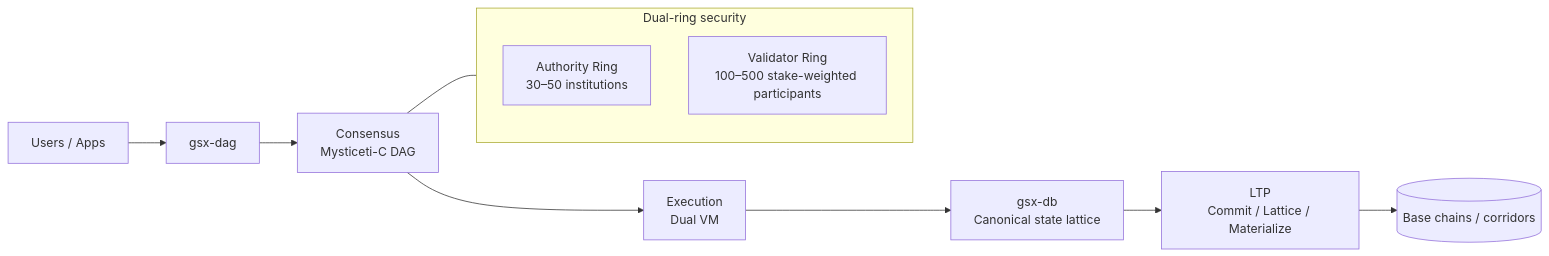
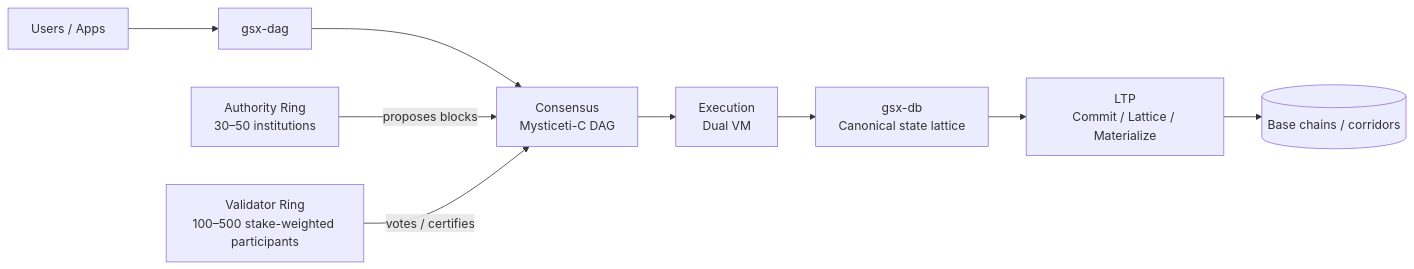
One commit to nanofaxcopy/suwappu-lattice-protocol changed the fourth of 10 diagrams in docs/visuals/README.md. Above: the diagram before and after it, drawn with Mermaid. The commit also changed other lines of this file and 10 other files, not shown here.

````diff
--- a/docs/visuals/README.md
+++ b/docs/visuals/README.md
@@ -41,14 +84,11 @@
 ```mermaid
 flowchart LR
   Users[Users / Apps] --> DAG[gsx-dag]
   DAG --> C[Consensus<br/>Mysticeti-C DAG]
   C --> E[Execution<br/>Dual VM]
   E --> DB[gsx-db<br/>Canonical state lattice]
   DB --> LTP[LTP<br/>Commit / Lattice / Materialize]
   LTP --> Corridors[(Base chains / corridors)]
-  subgraph Rings[Dual-ring security]
-    A[Authority Ring<br/>30–50 institutions]
-    V[Validator Ring<br/>100–500 stake-weighted participants]
-  end
-  C --- Rings
+  A[Authority Ring<br/>30–50 institutions] -->|proposes blocks| C
+  V[Validator Ring<br/>100–500 stake-weighted participants] -->|votes / certifies| C
 ```
````
